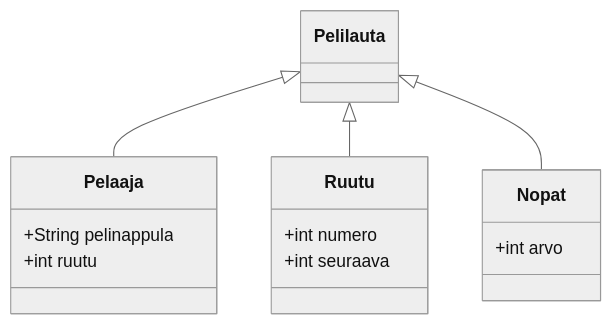
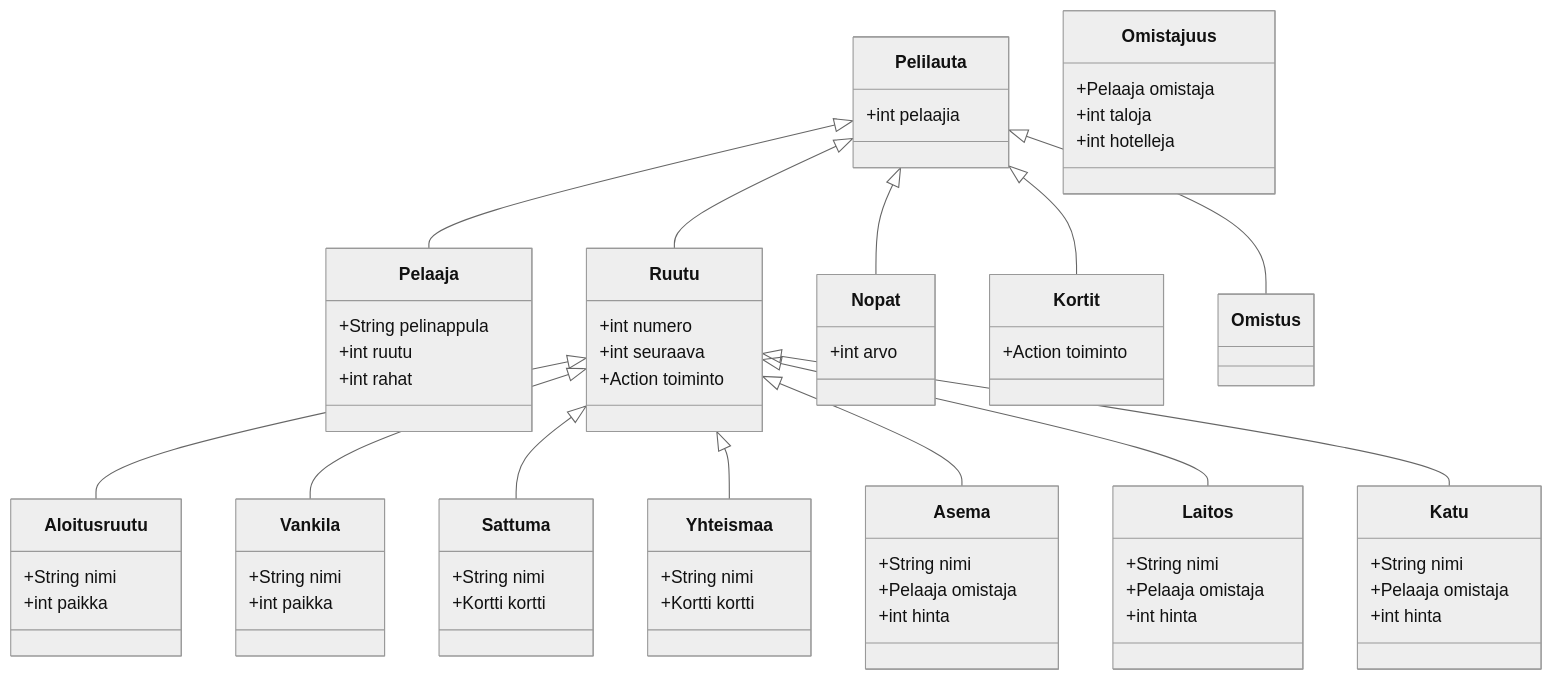
One commit to ThomasGrundstrom/ot-harjoitustyo changed the diagram in laskarit/viikko3/monopoli.md. Above: the diagram before and after it, drawn with Mermaid (neutral theme).

Commit message:
monopoli test

````diff
--- a/laskarit/viikko3/monopoli.md
+++ b/laskarit/viikko3/monopoli.md
@@ -1,17 +1,70 @@
 ```mermaid
  classDiagram
 	Pelilauta <|-- Pelaaja
 	Pelilauta <|-- Ruutu
 	Pelilauta <|-- Nopat
+	Pelilauta <|-- Kortit
+	Pelilauta <|-- Omistus
+	Ruutu <|-- Aloitusruutu
+	Ruutu <|-- Vankila
+	Ruutu <|-- Sattuma
+	Ruutu <|-- Yhteismaa
+	Ruutu <|-- Asema
+	Ruutu <|-- Laitos
+	Ruutu <|-- Katu
+	class Pelilauta{
+		+int pelaajia
+	}
 	class Pelaaja{
 		+String pelinappula
 		+int ruutu
+		+int rahat
 	}
 	class Ruutu{
 		+int numero
 		+int seuraava
+		+Action toiminto
 	}
 	class Nopat{
 		+int arvo
 	}
+	class Aloitusruutu{
+		+String nimi
+		+int paikka
+	}
+	class Vankila{
+		+String nimi
+		+int paikka
+	}
+	class Sattuma{
+		+String nimi
+		+Kortti kortti
+	}
+	class Yhteismaa{
+		+String nimi
+		+Kortti kortti
+	}
+	class Asema{
+		+String nimi
+		+Pelaaja omistaja
+		+int hinta
+	}
+	class Laitos{
+		+String nimi
+		+Pelaaja omistaja
+		+int hinta
+	}
+	class Katu{
+		+String nimi
+		+Pelaaja omistaja
+		+int hinta
+	}
+	class Kortit{
+		+Action toiminto
+	}
+	class Omistajuus{
+		+Pelaaja omistaja
+		+int taloja
+		+int hotelleja
+	}
 ```
````
